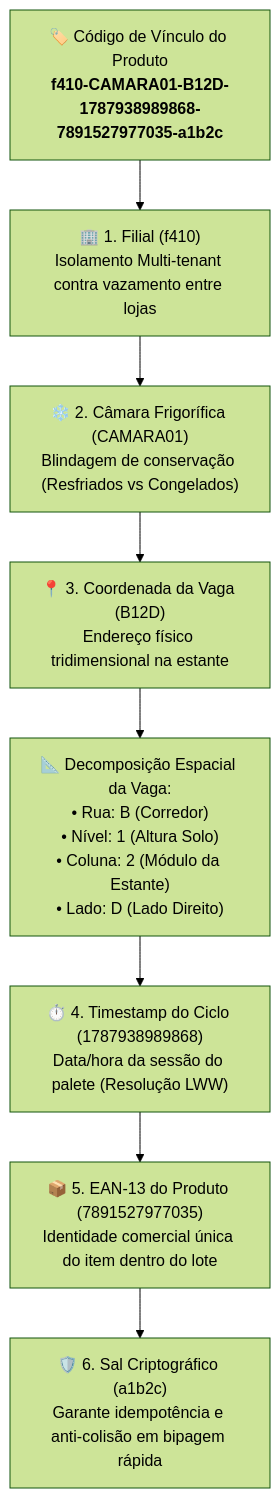
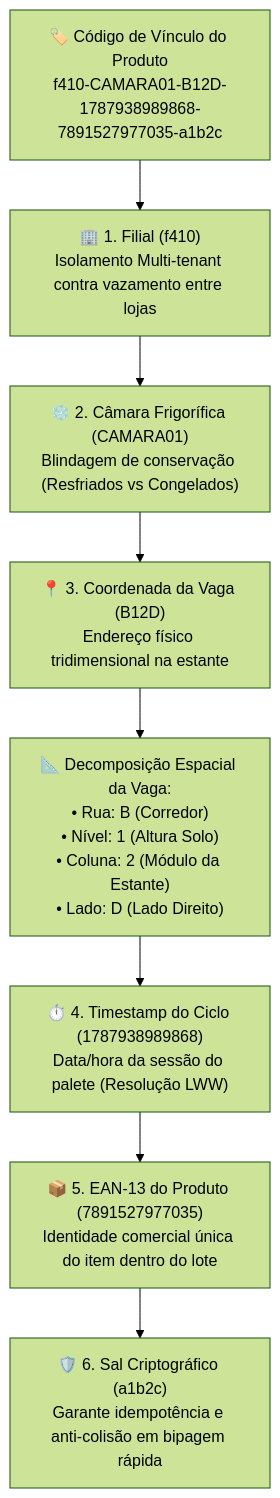
One commit to NaejBarbosa/paletscan-etl changed the sixth of 8 diagrams in docs/pwa-vagas-zoneamento.md. Above: the diagram before and after it, drawn with Mermaid (forest theme). The commit also changed other lines of this file and 19 other files, not shown here.

````diff
--- a/docs/pwa-vagas-zoneamento.md
+++ b/docs/pwa-vagas-zoneamento.md
@@ -244,18 +233,18 @@
 ```mermaid
 flowchart TD
-    ROOT["🏷️ Código de Vínculo do Produto\n<b>f410-CAMARA01-B12D-1787938989868-7891527977035-a1b2c</b>"]
+    ROOT["🏷️ Código de Vínculo do Produto\nf410-CAMARA01-B12D-1787938989868-7891527977035-a1b2c"]
 
     ROOT --> S1["🏢 1. Filial (f410)\nIsolamento Multi-tenant contra vazamento entre lojas"]
     
     S1 --> S2["❄️ 2. Câmara Frigorífica (CAMARA01)\nBlindagem de conservação (Resfriados vs Congelados)"]
     
     S2 --> S3["📍 3. Coordenada da Vaga (B12D)\nEndereço físico tridimensional na estante"]
     
     S3 --> S3_DET["📐 Decomposição Espacial da Vaga:\n• Rua: B (Corredor)\n• Nível: 1 (Altura Solo)\n• Coluna: 2 (Módulo da Estante)\n• Lado: D (Lado Direito)"]
     
     S3_DET --> S4["⏱️ 4. Timestamp do Ciclo (1787938989868)\nData/hora da sessão do palete (Resolução LWW)"]
     
     S4 --> S5["📦 5. EAN-13 do Produto (7891527977035)\nIdentidade comercial única do item dentro do lote"]
     
     S5 --> S6["🛡️ 6. Sal Criptográfico (a1b2c)\nGarante idempotência e anti-colisão em bipagem rápida"]
 ```
````
